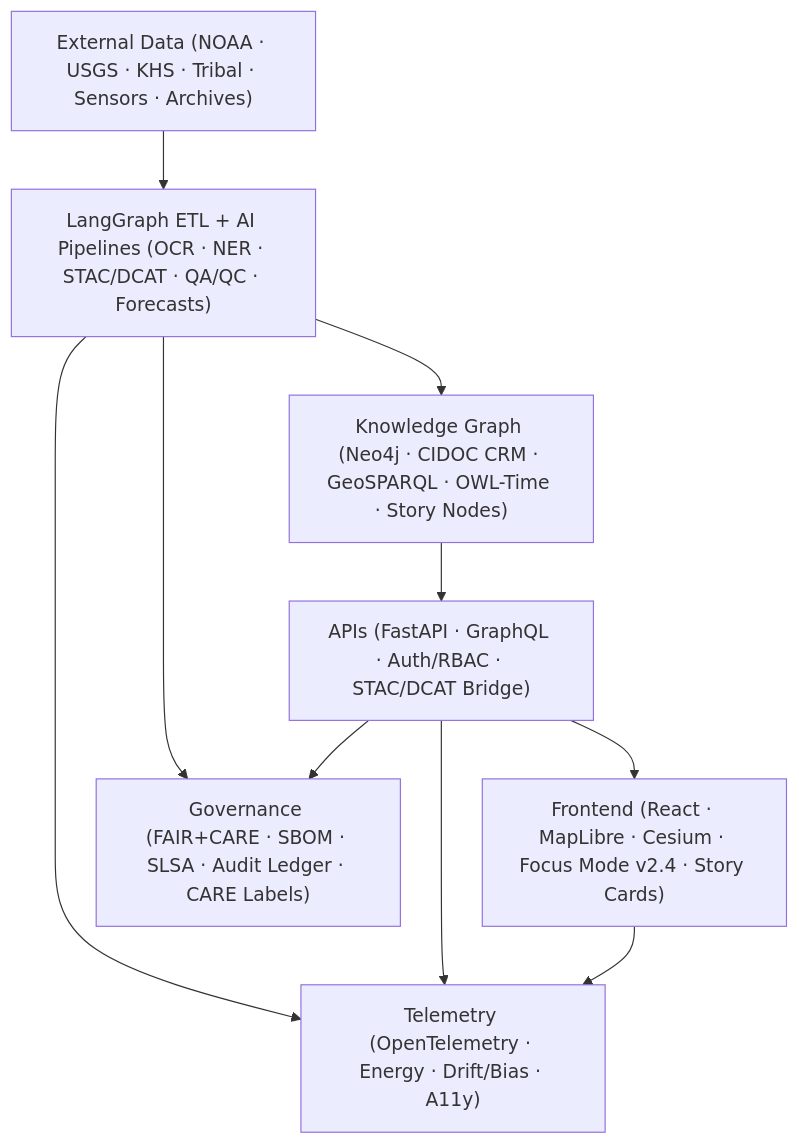
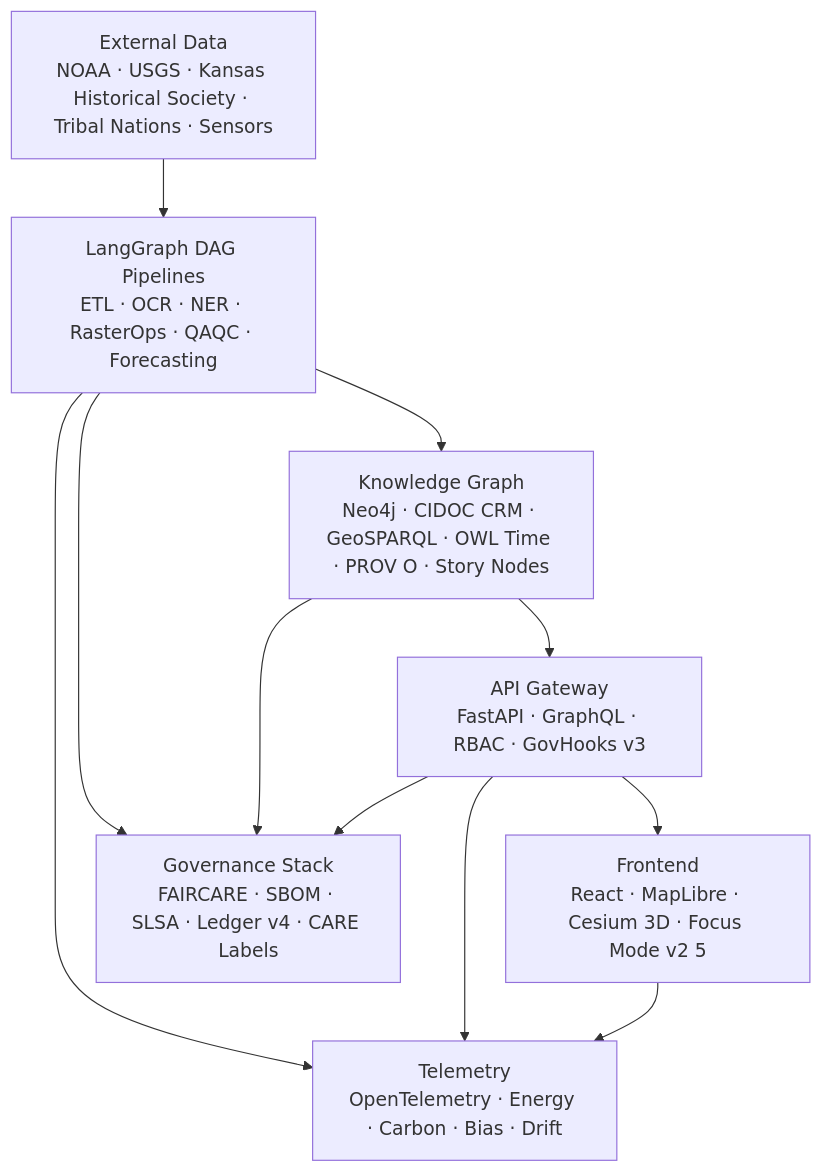
The first of 7 diagrams in ARCHITECTURE.md (bartytime4life/Kansas-Frontier-Matrix), drawn with Mermaid before and after one commit. The commit also changed other lines of this file, not shown here.

First line of the commit message:
Update architecture document for v10.3.2 release

````diff
--- a/ARCHITECTURE.md
+++ b/ARCHITECTURE.md
@@ -74,17 +59,13 @@
-~~~~~mermaid
+```mermaid
 flowchart TD
-  A["External Data (NOAA · USGS · KHS · Tribal · Sensors · Archives)"]
-  B["LangGraph ETL + AI Pipelines (OCR · NER · STAC/DCAT · QA/QC · Forecasts)"]
-  C["Knowledge Graph (Neo4j · CIDOC CRM · GeoSPARQL · OWL-Time · Story Nodes)"]
-  D["APIs (FastAPI · GraphQL · Auth/RBAC · STAC/DCAT Bridge)"]
-  E["Frontend (React · MapLibre · Cesium · Focus Mode v2.4 · Story Cards)"]
-  F["Governance (FAIR+CARE · SBOM · SLSA · Audit Ledger · CARE Labels)"]
-  G["Telemetry (OpenTelemetry · Energy · Drift/Bias · A11y)"]
-
-  A --> B --> C --> D --> E
-  B --> F
-  D --> F
-  B --> G
-  D --> G
-  E --> G
-~~~~~
+    A[External Data<br/>NOAA · USGS · Kansas Historical Society · Tribal Nations · Sensors] --> B[LangGraph DAG Pipelines<br/>ETL · OCR · NER · RasterOps · QAQC · Forecasting]
+    B --> C[Knowledge Graph<br/>Neo4j · CIDOC CRM · GeoSPARQL · OWL Time · PROV O · Story Nodes]
+    C --> D[API Gateway<br/>FastAPI · GraphQL · RBAC · GovHooks v3]
+    D --> E[Frontend<br/>React · MapLibre · Cesium 3D · Focus Mode v2 5]
+    B --> F[Governance Stack<br/>FAIRCARE · SBOM · SLSA · Ledger v4 · CARE Labels]
+    C --> F
+    D --> F
+    B --> G[Telemetry<br/>OpenTelemetry · Energy · Carbon · Bias · Drift]
+    D --> G
+    E --> G
+```
````
